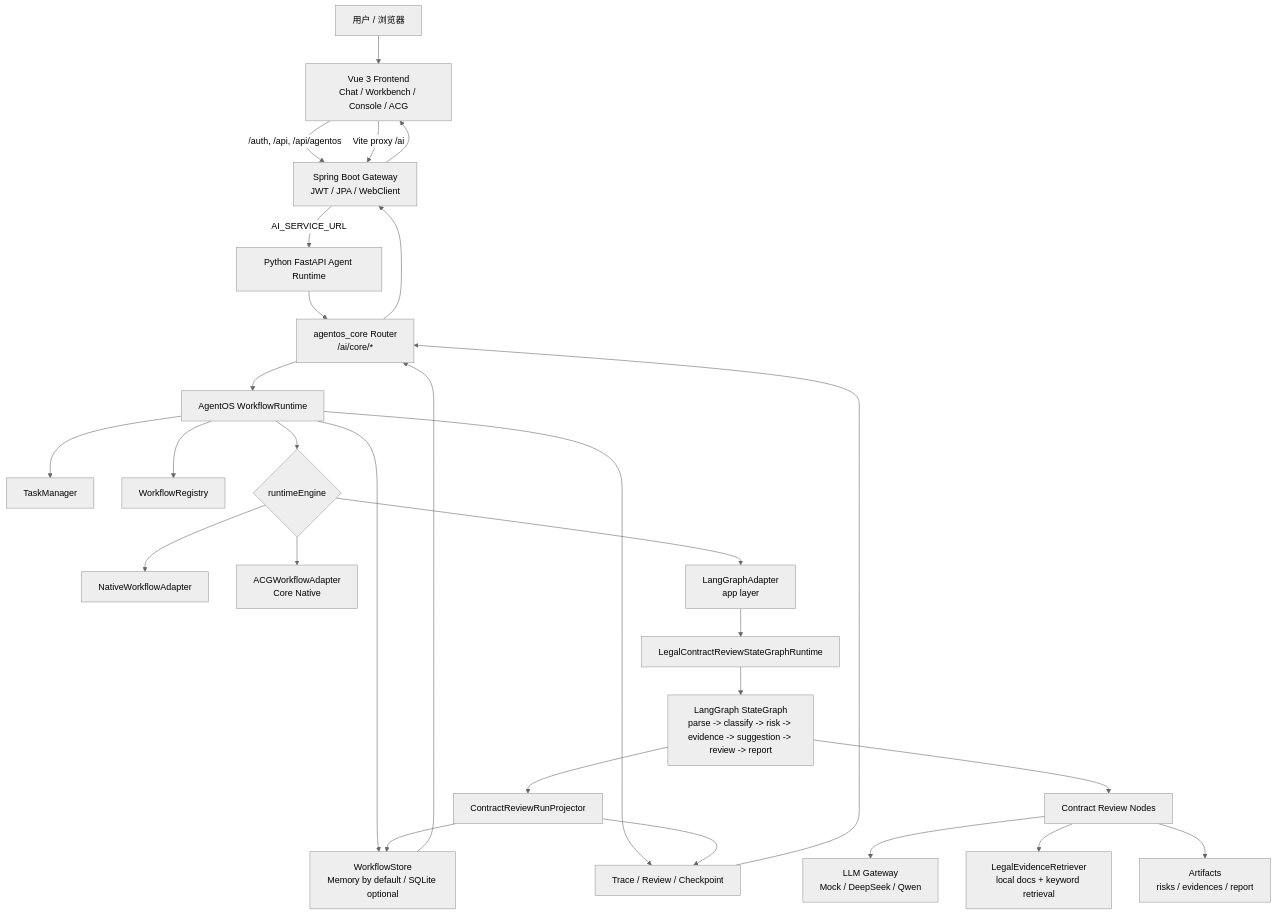
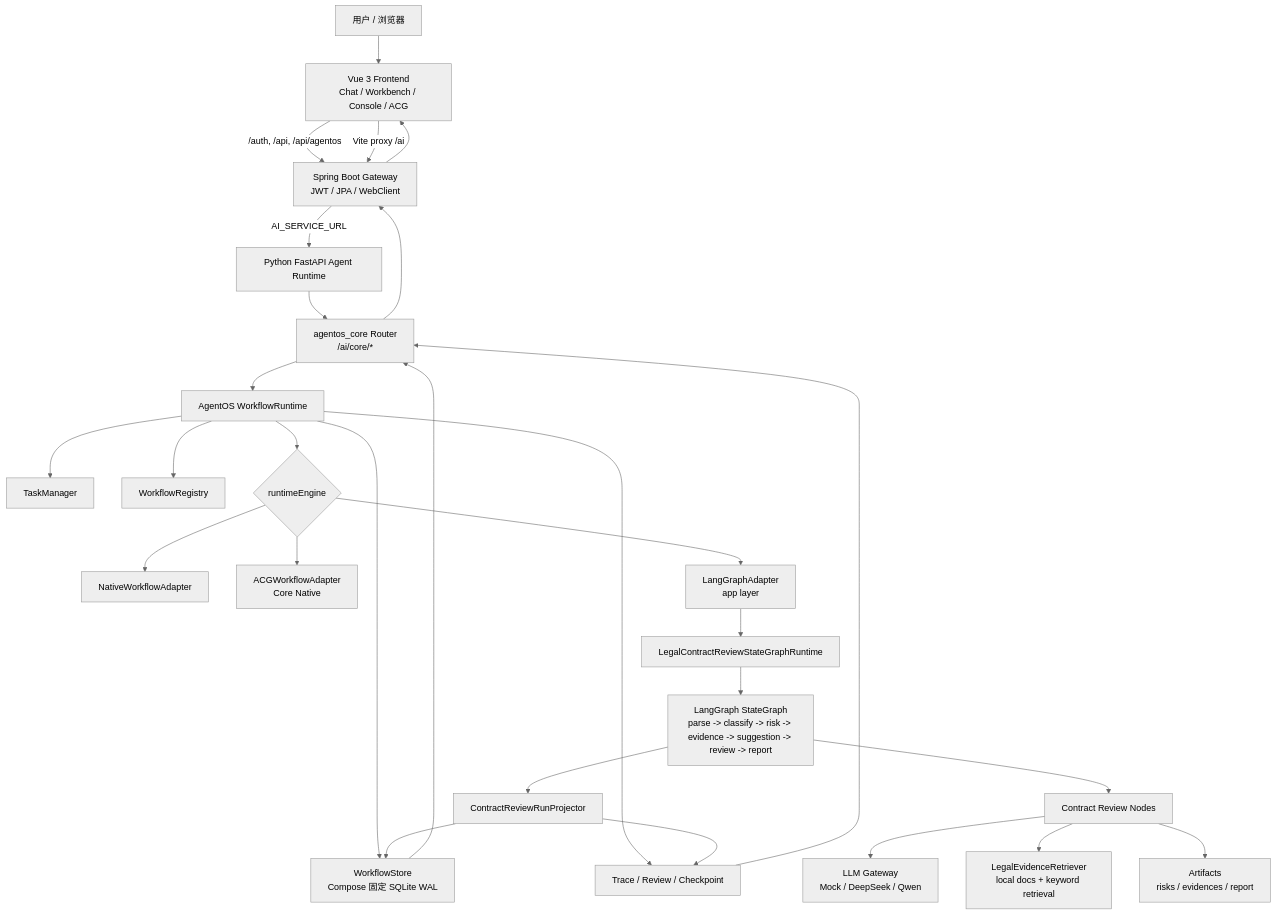
Before and after one commit to zongxi-Li/zhiyi-AgentOS: the first of 2 diagrams in README.md, drawn with Mermaid (neutral theme). The commit also changed other lines of this file and 2 other files, not shown here.

````diff
--- a/README.md
+++ b/README.md
@@ -80,37 +94,37 @@
 ```mermaid
 flowchart TD
     U[用户 / 浏览器] --> F[Vue 3 Frontend<br/>Chat / Workbench / Console / ACG]
 
     F -->|/auth, /api, /api/agentos| B[Spring Boot Gateway<br/>JWT / JPA / WebClient]
     F -->|Vite proxy /ai| B
     B -->|AI_SERVICE_URL| A[Python FastAPI Agent Runtime]
 
     A --> API[agentos_core Router<br/>/ai/core/*]
     API --> RT[AgentOS WorkflowRuntime]
 
     RT --> TM[TaskManager]
     RT --> WR[WorkflowRegistry]
-    RT --> WS[WorkflowStore<br/>Memory by default / SQLite optional]
+    RT --> WS[WorkflowStore<br/>Compose 固定 SQLite WAL]
     RT --> GOV[Trace / Review / Checkpoint]
 
     RT --> EA{runtimeEngine}
     EA --> Native[NativeWorkflowAdapter]
     EA --> ACG[ACGWorkflowAdapter<br/>Core Native]
     EA --> LG[LangGraphAdapter<br/>app layer]
 
     LG --> LCR[LegalContractReviewStateGraphRuntime]
     LCR --> G[LangGraph StateGraph<br/>parse -> classify -> risk -> evidence -> suggestion -> review -> report]
     G --> N[Contract Review Nodes]
 
     N --> LLM[LLM Gateway<br/>Mock / DeepSeek / Qwen]
     N --> RAG[LegalEvidenceRetriever<br/>local docs + keyword retrieval]
     N --> ART[Artifacts<br/>risks / evidences / report]
 
     G --> P[ContractReviewRunProjector]
     P --> WS
     P --> GOV
     WS --> API
     GOV --> API
     API --> B
     B --> F
 ```
````
